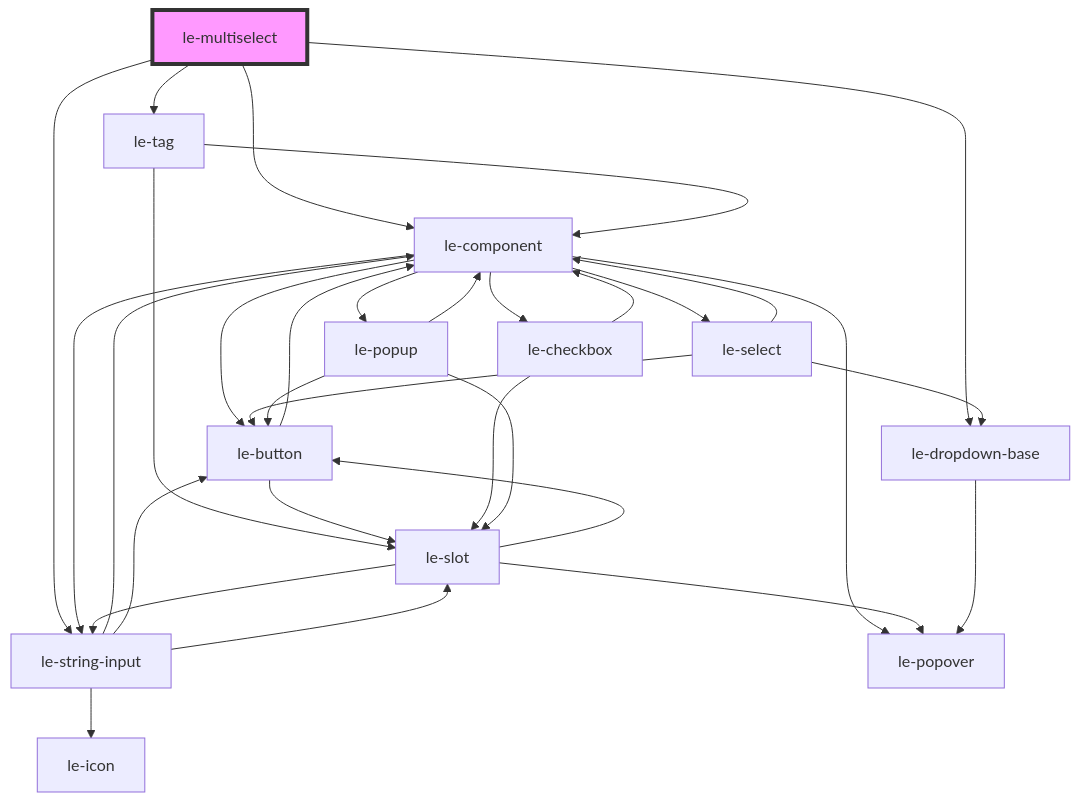
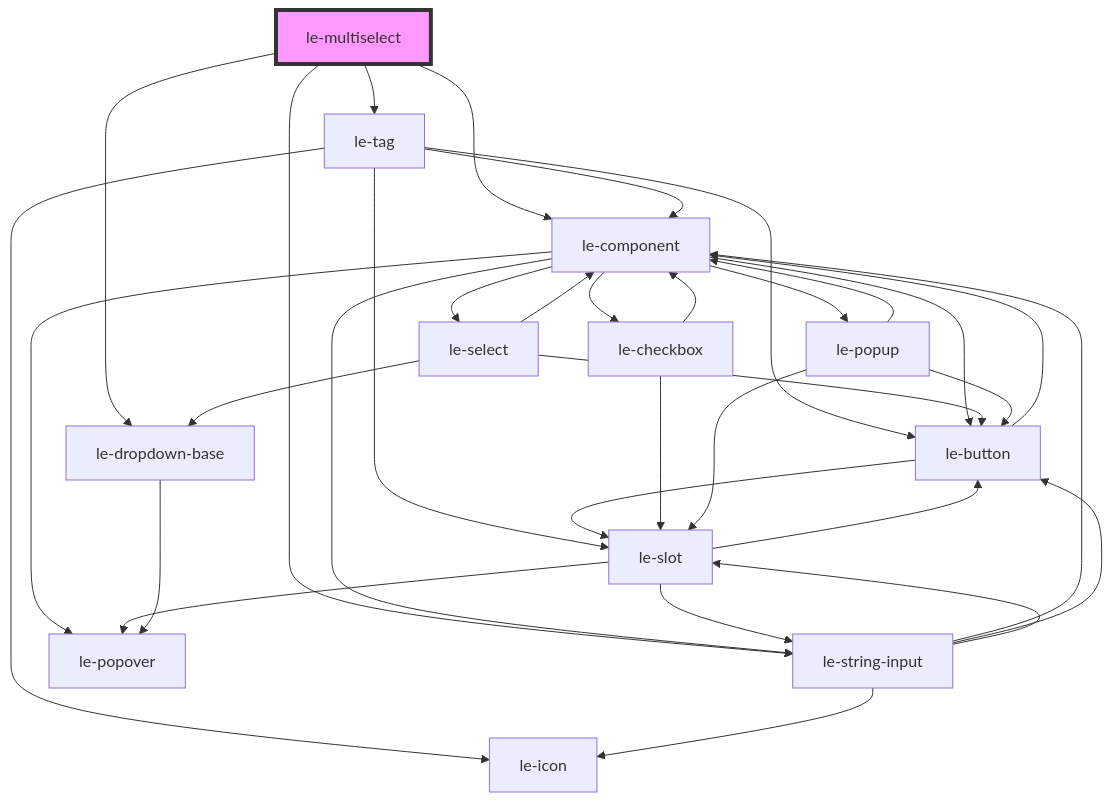
Before and after one commit to leechy/le-kit: the diagram in packages/core/src/components/le-multiselect/readme.md, drawn with Mermaid. The commit also changed 7 other files, not shown here.

````diff
--- a/packages/core/src/components/le-multiselect/readme.md
+++ b/packages/core/src/components/le-multiselect/readme.md
@@ -85,34 +85,36 @@
 ```mermaid
 graph TD;
   le-multiselect --> le-tag
   le-multiselect --> le-component
   le-multiselect --> le-dropdown-base
   le-multiselect --> le-string-input
   le-tag --> le-component
   le-tag --> le-slot
+  le-tag --> le-button
+  le-tag --> le-icon
   le-component --> le-button
   le-component --> le-select
   le-component --> le-checkbox
   le-component --> le-string-input
   le-component --> le-popover
   le-component --> le-popup
   le-button --> le-component
   le-button --> le-slot
   le-slot --> le-popover
   le-slot --> le-button
   le-slot --> le-string-input
   le-string-input --> le-component
   le-string-input --> le-button
   le-string-input --> le-icon
   le-string-input --> le-slot
   le-select --> le-component
   le-select --> le-dropdown-base
   le-select --> le-button
   le-dropdown-base --> le-popover
   le-checkbox --> le-component
   le-checkbox --> le-slot
   le-popup --> le-slot
   le-popup --> le-button
   le-popup --> le-component
   style le-multiselect fill:#f9f,stroke:#333,stroke-width:4px
 ```
````
